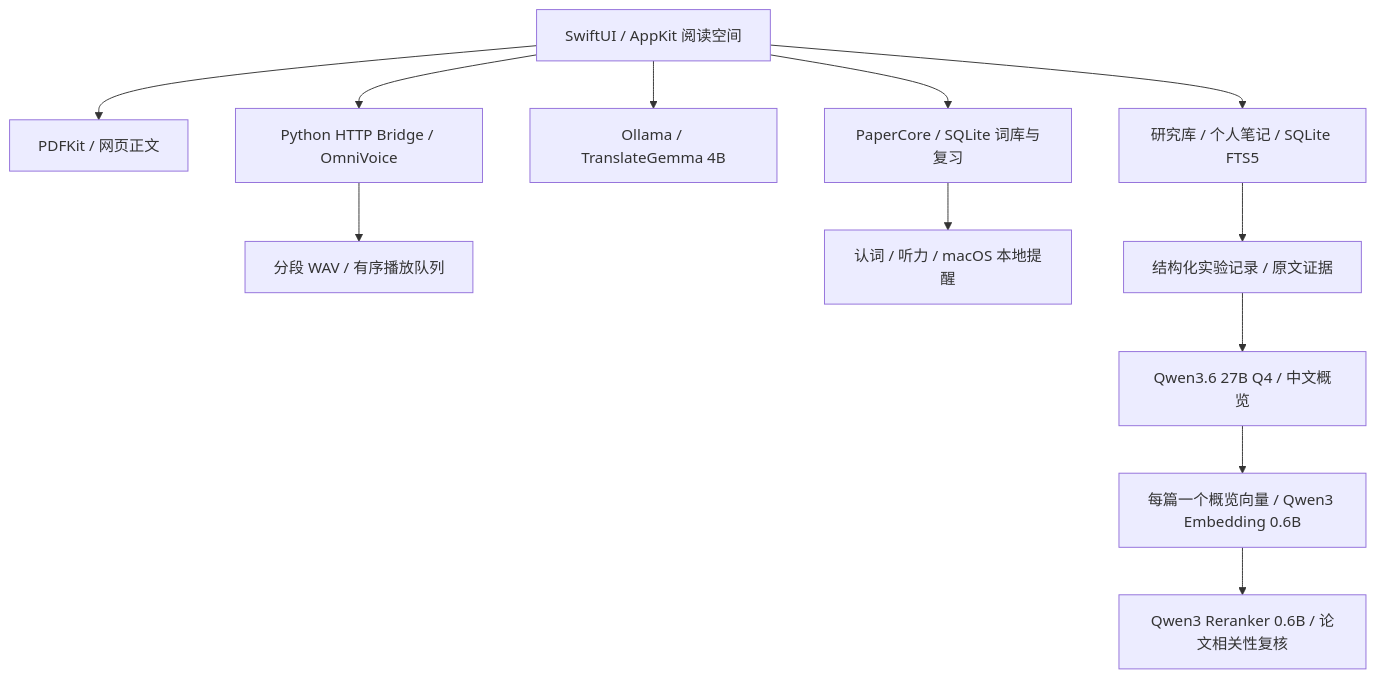
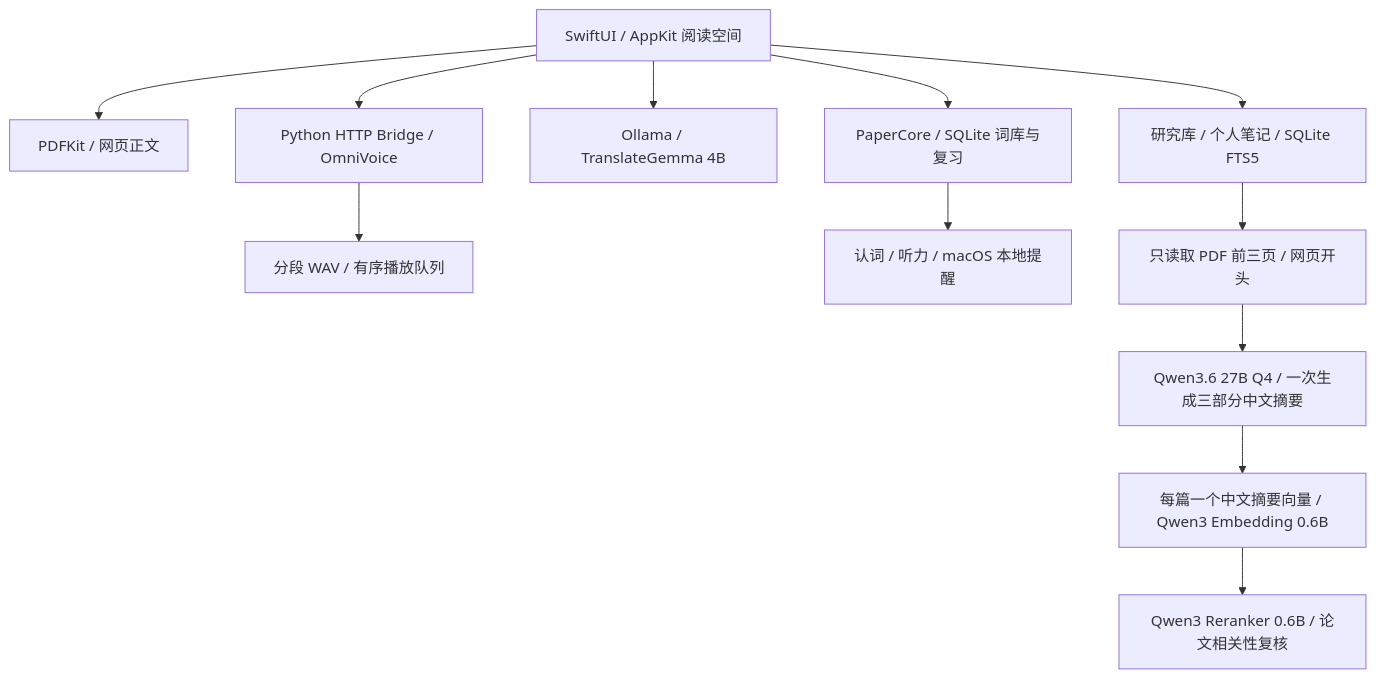
One commit to yuan1615/PaperLingo changed the diagram in README.md. Above: the diagram before and after it, drawn with Mermaid. The commit also changed other lines of this file and 21 other files, not shown here.

````diff
--- a/README.md
+++ b/README.md
@@ -116,14 +116,14 @@
 ```mermaid
 flowchart TD
     Reader[SwiftUI / AppKit 阅读空间] --> PDF[PDFKit / 网页正文]
     Reader --> Store[PaperCore / SQLite 词库与复习]
     Reader --> Translator[Ollama / TranslateGemma 4B]
     Reader --> Speech[Python HTTP Bridge / OmniVoice]
     Speech --> Audio[分段 WAV / 有序播放队列]
     Store --> Review[认词 / 听力 / macOS 本地提醒]
     Reader --> Library[研究库 / 个人笔记 / SQLite FTS5]
-    Library --> Evidence[结构化实验记录 / 原文证据]
-    Evidence --> Digest[Qwen3.6 27B Q4 / 中文概览]
-    Digest --> Retrieval[每篇一个概览向量 / Qwen3 Embedding 0.6B]
+    Library --> Opening[只读取 PDF 前三页 / 网页开头]
+    Opening --> Digest[Qwen3.6 27B Q4 / 一次生成三部分中文摘要]
+    Digest --> Retrieval[每篇一个中文摘要向量 / Qwen3 Embedding 0.6B]
     Retrieval --> Reranker[Qwen3 Reranker 0.6B / 论文相关性复核]
 ```
````
